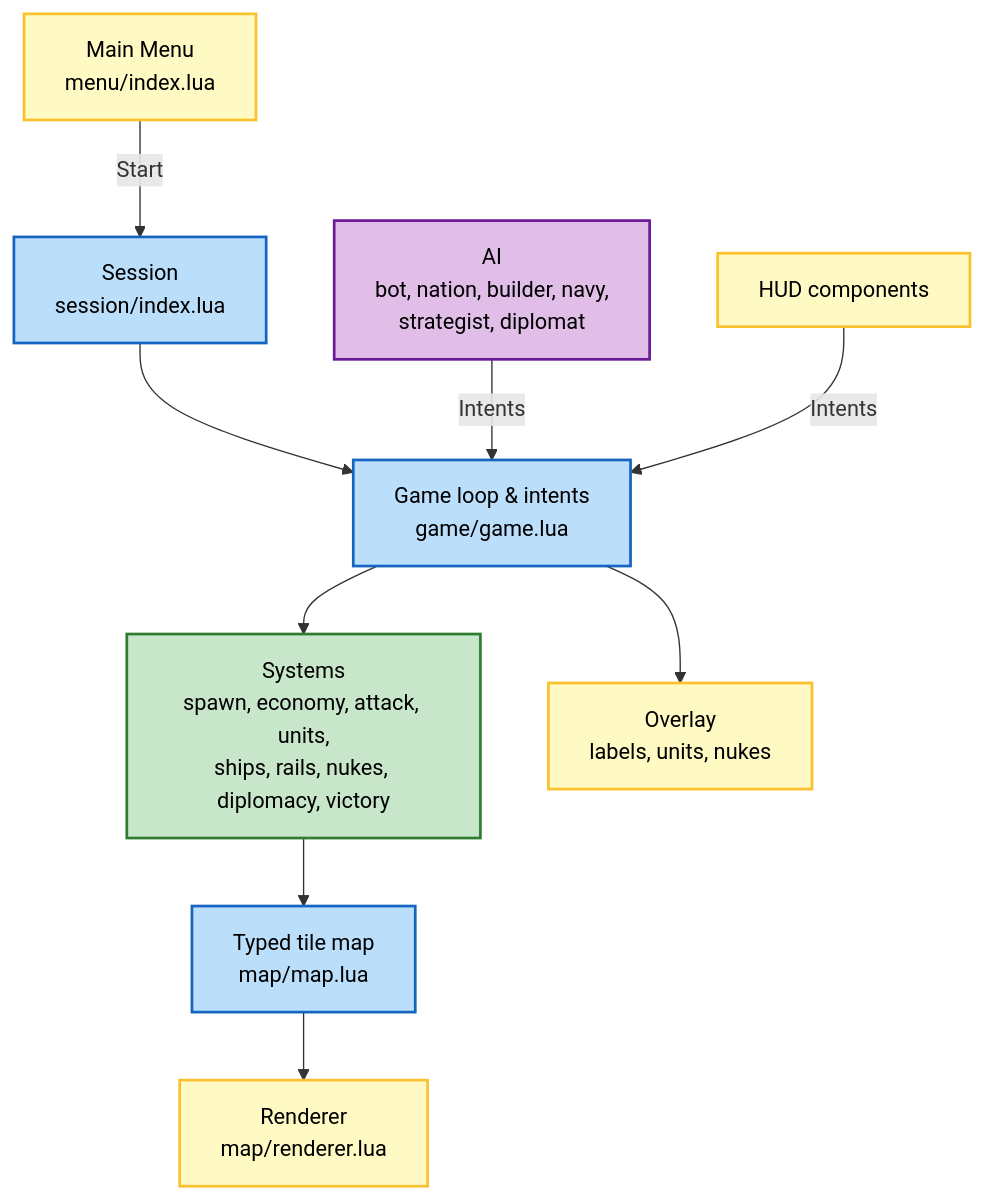
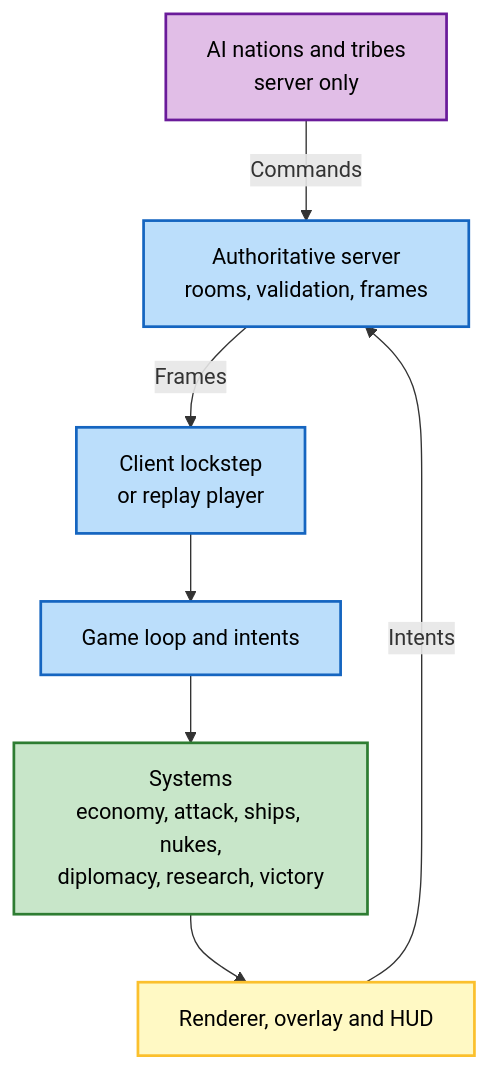
One commit to 0xS4cha/athena changed the diagram in README.md. Above: the diagram before and after it, drawn with Mermaid. The commit also changed other lines of this file and 17 other files, not shown here.

````diff
--- a/README.md
+++ b/README.md
@@ -11,26 +191,21 @@
 ```mermaid
 graph TD
     classDef core fill:#BBDEFB,stroke:#1565C0,stroke-width:2px,color:black;
     classDef sim fill:#C8E6C9,stroke:#2E7D32,stroke-width:2px,color:black;
     classDef view fill:#FFF9C4,stroke:#FBC02D,stroke-width:2px,color:black;
     classDef ai fill:#E1BEE7,stroke:#6A1B9A,stroke-width:2px,color:black;
 
-    Menu["Main Menu<br/>menu/index.lua"]:::view
-    Session["Session<br/>session/index.lua"]:::core
-    Game["Game loop & intents<br/>game/game.lua"]:::core
-    Map["Typed tile map<br/>map/map.lua"]:::core
-    Systems["Systems<br/>spawn, economy, attack, units,<br/>ships, rails, nukes, diplomacy, victory"]:::sim
-    AI["AI<br/>bot, nation, builder, navy,<br/>strategist, diplomat"]:::ai
-    Renderer["Renderer<br/>map/renderer.lua"]:::view
-    Overlay["Overlay<br/>labels, units, nukes"]:::view
-    Hud["HUD components"]:::view
+    Server["Authoritative server<br/>rooms, validation, frames"]:::core
+    Client["Client lockstep<br/>or replay player"]:::core
+    Game["Game loop and intents"]:::core
+    Systems["Systems<br/>economy, attack, ships, nukes,<br/>diplomacy, research, victory"]:::sim
+    AI["AI nations and tribes<br/>server only"]:::ai
+    View["Renderer, overlay and HUD"]:::view
 
-    Menu -->|Start| Session
-    Session --> Game
+    AI -->|Commands| Server
+    Server -->|Frames| Client
+    Client --> Game
     Game --> Systems
-    Systems --> Map
-    AI -->|Intents| Game
-    Hud -->|Intents| Game
-    Map --> Renderer
-    Game --> Overlay
+    Systems --> View
+    View -->|Intents| Server
 ```
````
